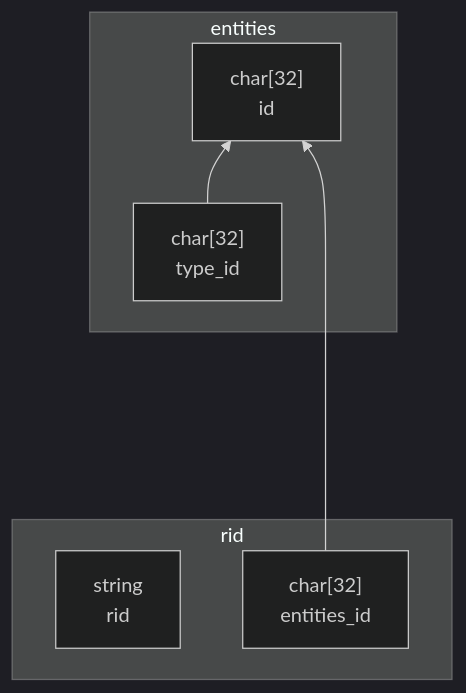
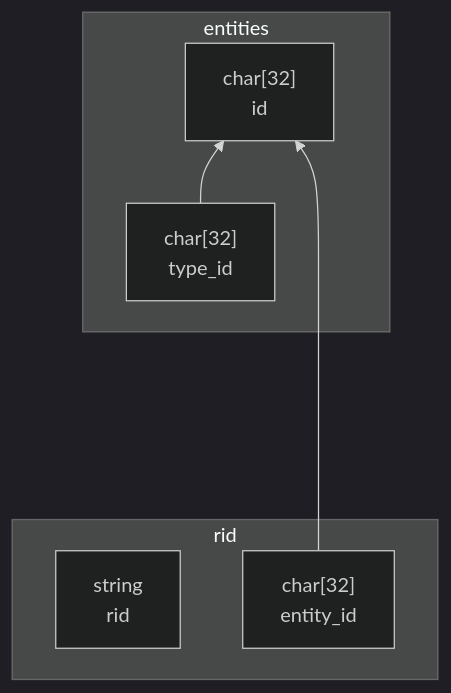
Before and after one commit to johnthesmith/scraps: the second of 3 diagrams in ru/entities.md, drawn with Mermaid (dark theme). The commit also changed other lines of this file, not shown here.

````diff
--- a/ru/entities.md
+++ b/ru/entities.md
@@ -342,19 +342,19 @@
 ```mermaid
 
 graph BT
 
     subgraph entities
-        entities_id["char[32] <br> id"]
+        entity_id["char[32] <br> id"]
         entities_type_id["char[32] <br> type_id"]
     end
 
     subgraph rid
         rid_value["string <br> rid"]
-        rid_entities_id["char[32] <br> entities_id"]
+        rid_entity_id["char[32] <br> entity_id"]
     end
 
 
-entities_type_id --> entities_id
-rid_entities_id -----> entities_id 
+entities_type_id --> entity_id
+rid_entity_id -----> entity_id 
 
 ```
````
